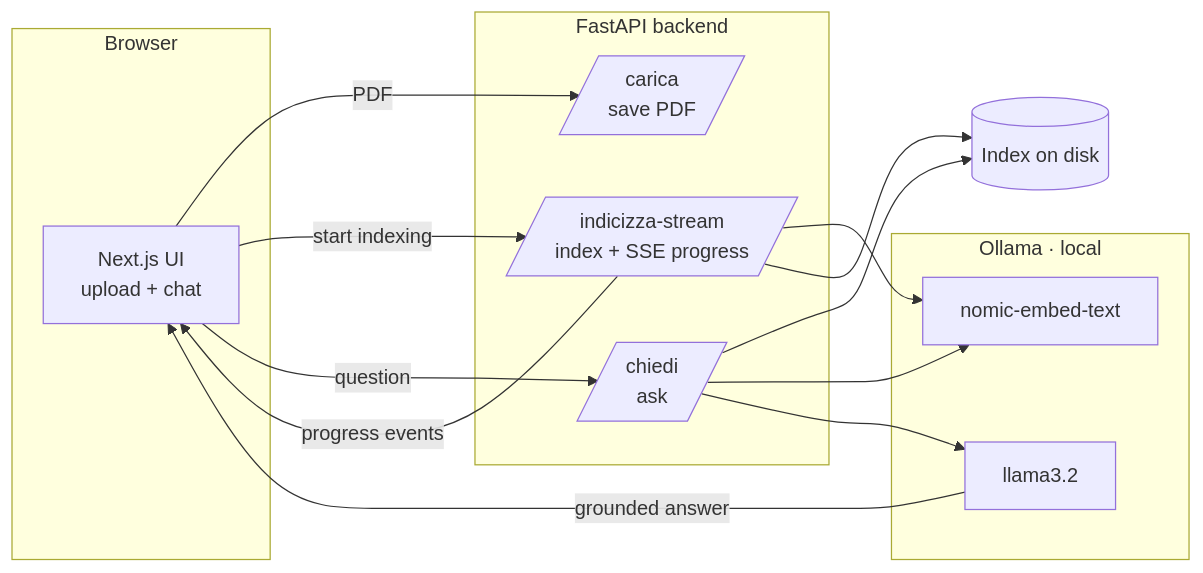
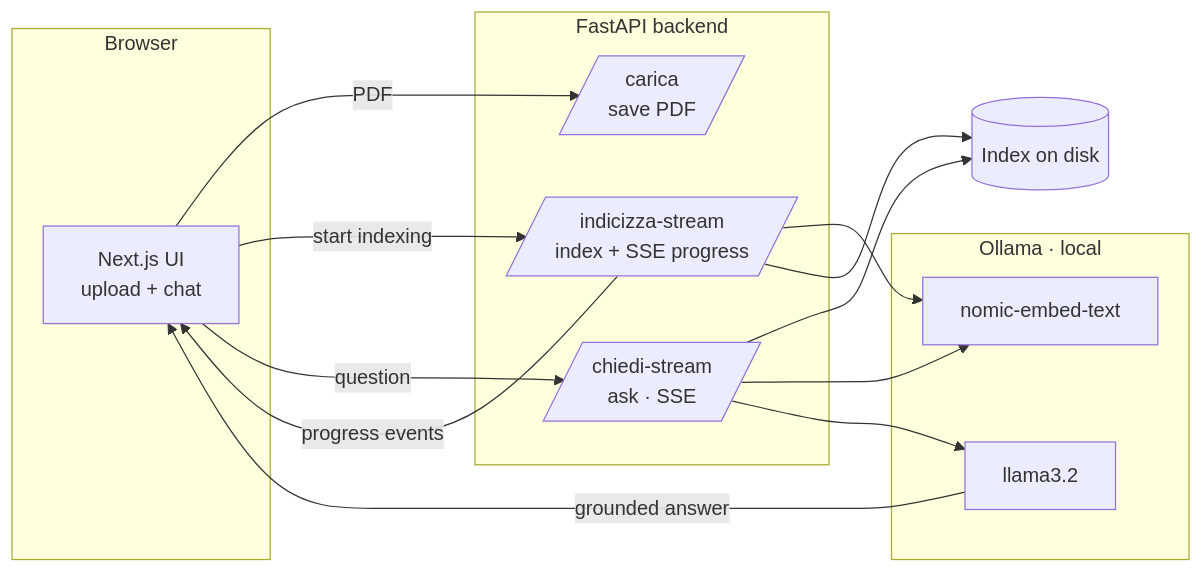
Before and after one commit to LeoDS99/arcane-famAIliar: the diagram in README.md, drawn with Mermaid. The commit also changed other lines of this file, not shown here.

Commit message:
docs: add CI badge and fix streaming endpoint in diagram

````diff
--- a/README.md
+++ b/README.md
@@ -19,26 +21,26 @@
 ```mermaid
 flowchart LR
     subgraph Browser
         UI[Next.js UI<br/>upload + chat]
     end
     subgraph Backend[FastAPI backend]
         UP[/carica<br/>save PDF/]
         IDXS[/indicizza-stream<br/>index + SSE progress/]
-        ASK[/chiedi<br/>ask/]
+        ASK[/chiedi-stream<br/>ask · SSE/]
     end
     subgraph Ollama[Ollama · local]
         EMB[nomic-embed-text]
         GEN[llama3.2]
     end
 
     UI -->|PDF| UP
     UI -->|start indexing| IDXS
     IDXS -->|progress events| UI
     IDXS --> EMB
     IDXS --> IDX[(Index on disk)]
     UI -->|question| ASK
     ASK --> IDX
     ASK --> EMB
     ASK --> GEN
     GEN -->|grounded answer| UI
 ```
````
